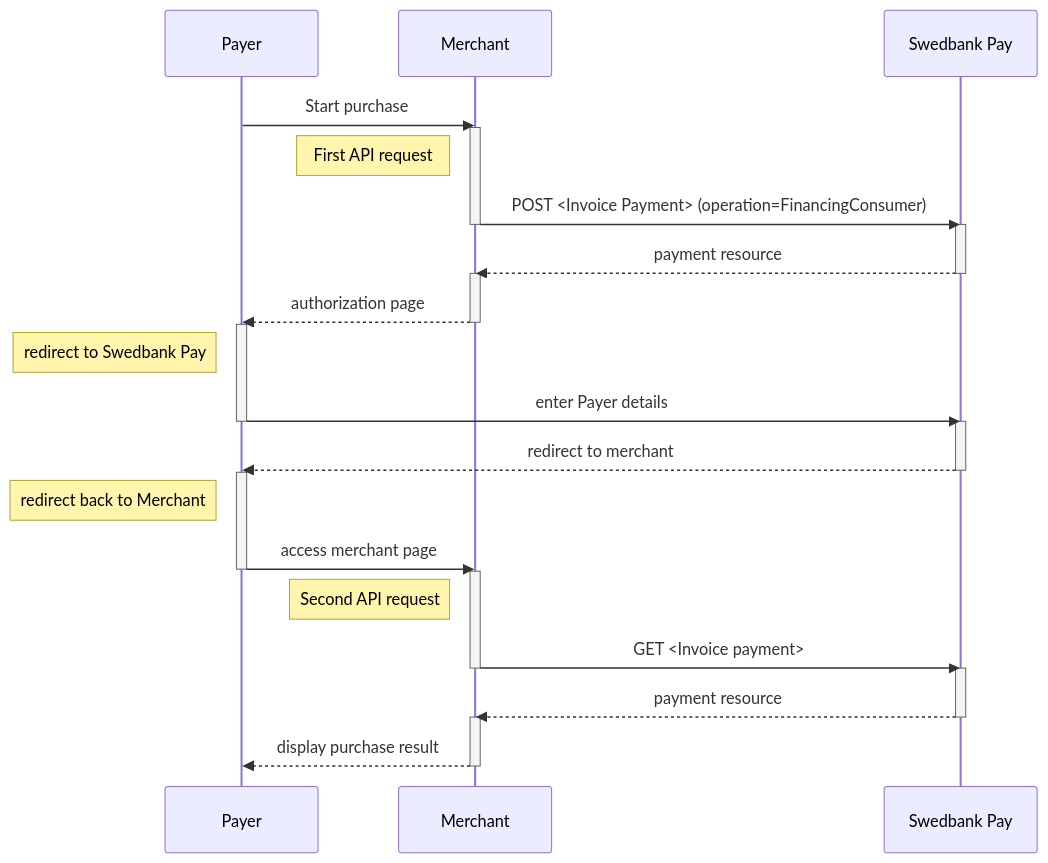
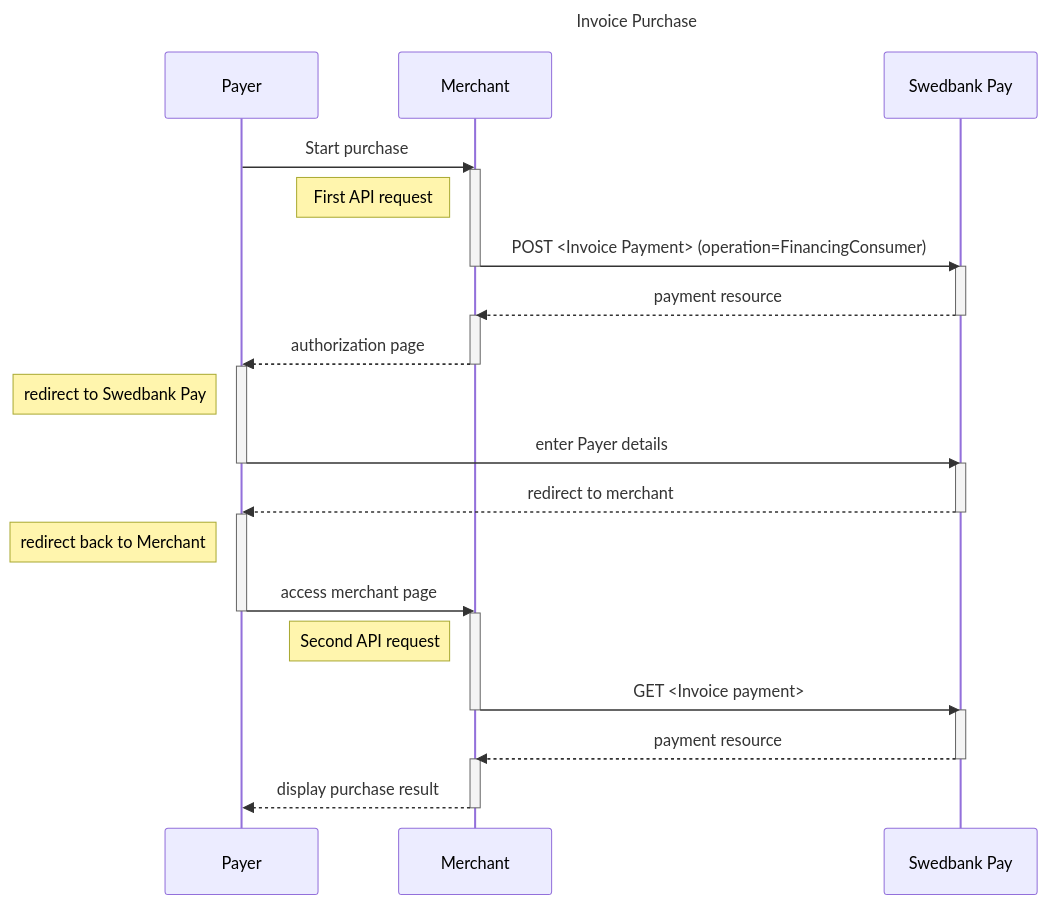
The diagram in old-implementations/payment-instruments-v1/invoice/redirect.md (SwedbankPay/developer.swedbankpay.com), drawn with Mermaid before and after one commit. The commit also changed 66 other files, not shown here.

Commit message:
Added titles in sequence diagrams

````diff
--- a/old-implementations/payment-instruments-v1/invoice/redirect.md
+++ b/old-implementations/payment-instruments-v1/invoice/redirect.md
@@ -501,26 +501,27 @@
 ```mermaid
 sequenceDiagram
+title: Invoice Purchase
     Payer->>Merchant: Start purchase
     activate Merchant
     note left of Merchant: First API request
     Merchant->>-Swedbank Pay: POST <Invoice Payment> (operation=FinancingConsumer)
     activate Swedbank Pay
     Swedbank Pay-->>-Merchant: payment resource
     activate Merchant
     Merchant-->>-Payer: authorization page
     activate Payer
     note left of Payer: redirect to Swedbank Pay
     Payer->>-Swedbank Pay: enter Payer details
     activate Swedbank Pay
     Swedbank Pay-->>-Payer: redirect to merchant
     activate Payer
     note left of Payer: redirect back to Merchant
     Payer->>-Merchant: access merchant page
     activate Merchant
     note left of Merchant: Second API request
     Merchant->>-Swedbank Pay: GET <Invoice payment>
     activate Swedbank Pay
     Swedbank Pay-->>-Merchant: payment resource
     activate Merchant
     Merchant-->>-Payer: display purchase result
 ```
````
